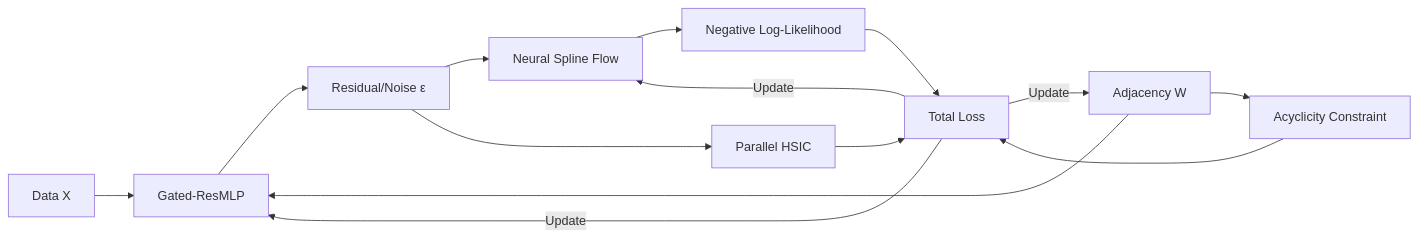
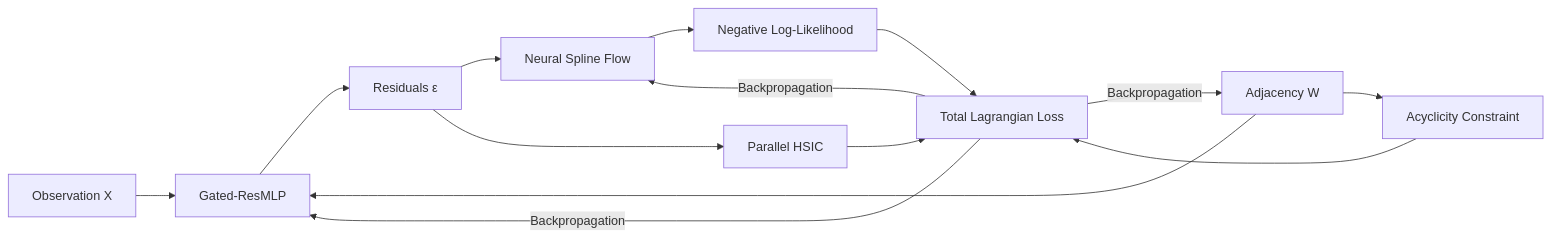
One commit to manhthai1706/CausalFlowNet changed the diagram in README.md. Above: the diagram before and after it, drawn with Mermaid. The commit also changed other lines of this file, not shown here.

````diff
--- a/README.md
+++ b/README.md
@@ -23,13 +26,13 @@
 ```mermaid
 graph LR
-    X[Data X] --> MLP[Gated-ResMLP]
+    X[Observation X] --> MLP[Gated-ResMLP]
     W[Adjacency W] --> MLP
-    MLP --> Eps[Residual/Noise ε]
+    MLP --> Eps[Residuals ε]
     Eps --> NSF[Neural Spline Flow]
     Eps --> HSIC[Parallel HSIC]
     NSF --> NLL[Negative Log-Likelihood]
     W --> DAG[Acyclicity Constraint]
     
-    NLL & HSIC & DAG --> Loss[Total Loss]
-    Loss -->|Update| W & MLP & NSF
+    NLL & HSIC & DAG --> Loss[Total Lagrangian Loss]
+    Loss -->|Backpropagation| W & MLP & NSF
 ```
````
